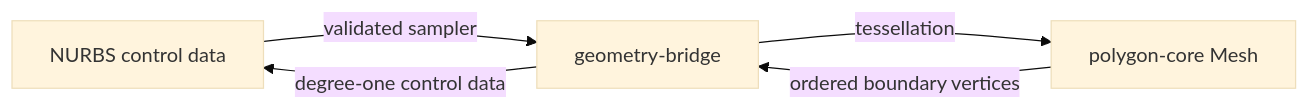
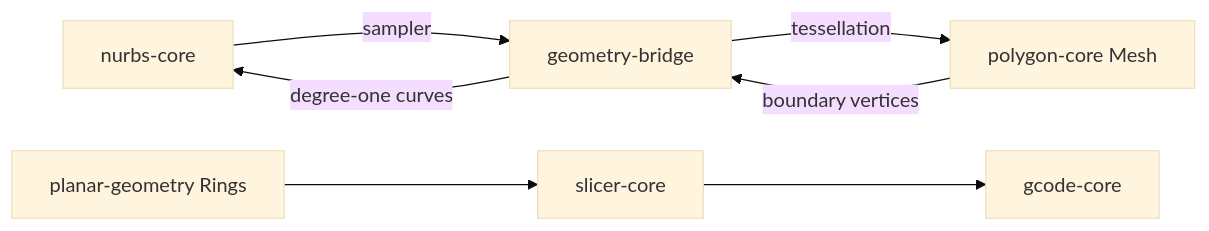
The diagram in crates/README.md (themoretheless/open-scad-viewer), drawn with Mermaid (base theme) before and after one commit. The commit also changed other lines of this file and 8 other files, not shown here.

````diff
--- a/crates/README.md
+++ b/crates/README.md
@@ -13,7 +30,9 @@
 ```mermaid
 flowchart LR
-    N[NURBS control data] -->|validated sampler| A[geometry-bridge]
+    N[nurbs-core] -->|sampler| A[geometry-bridge]
     A -->|tessellation| P[polygon-core Mesh]
-    P -->|ordered boundary vertices| A
-    A -->|degree-one control data| N
+    P -->|boundary vertices| A
+    A -->|degree-one curves| N
+    S[planar-geometry Rings] --> SL[slicer-core]
+    SL --> G[gcode-core]
 ```
````
